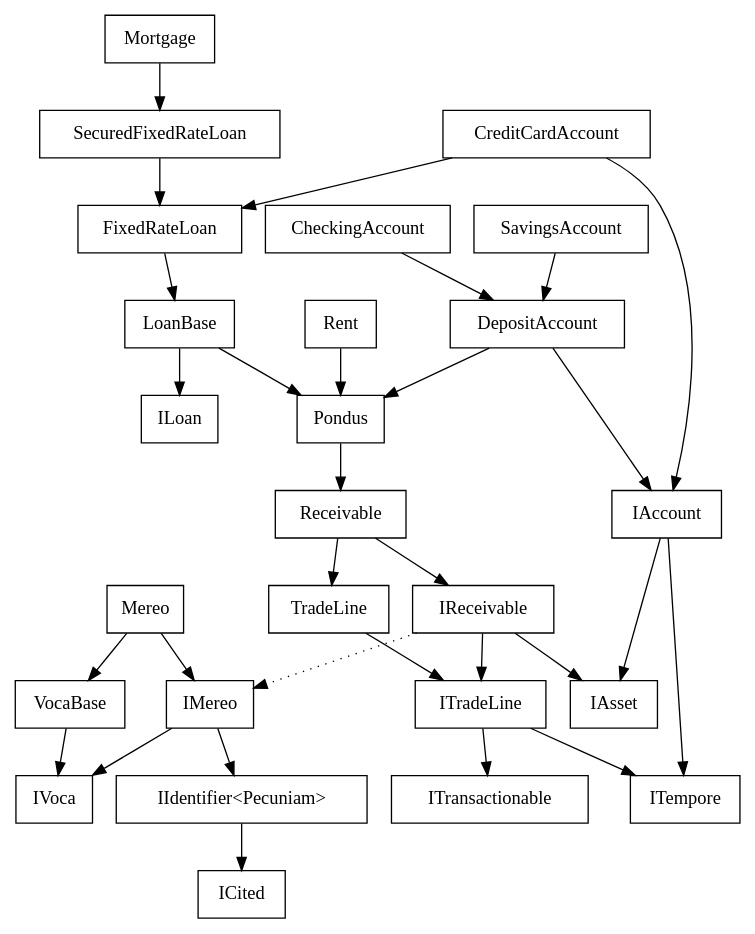
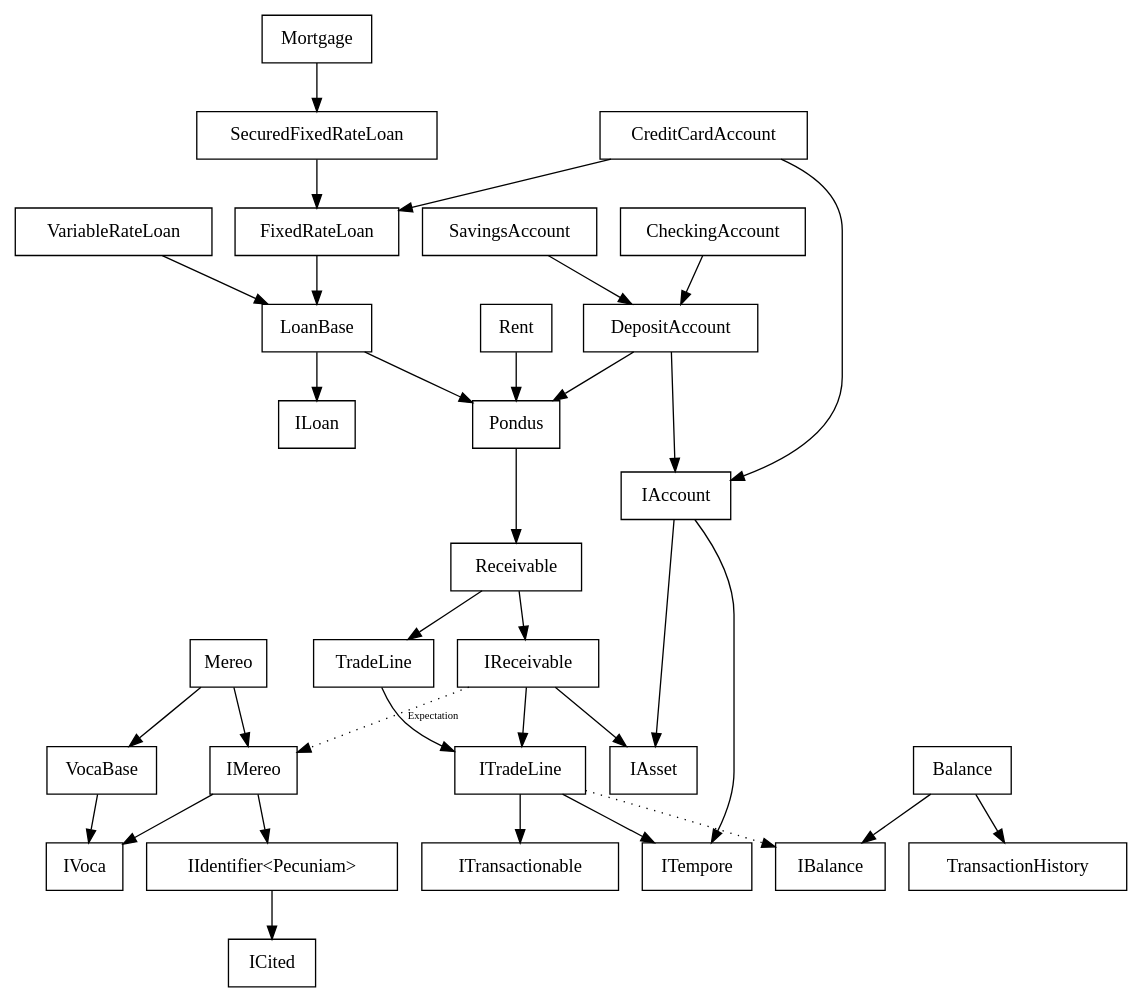
One commit to nofuture-git/31g changed the diagram in trunk/Code/NoFuture/Rand/Data/Sp/__ClassDiagram.gv. Above: the diagram before and after it, drawn with Graphviz. The commit also changed 11 other files, not shown here.

```diff
--- a/trunk/Code/NoFuture/Rand/Data/Sp/__ClassDiagram.gv
+++ b/trunk/Code/NoFuture/Rand/Data/Sp/__ClassDiagram.gv
@@ -1,35 +1,39 @@
 digraph noFutureRandDataSp {
     node [fontname=Consolas, shape=box]
     
     IIdentifier [label="IIdentifier<Pecuniam>"]
     
     Mortgage -> SecuredFixedRateLoan
     SecuredFixedRateLoan -> FixedRateLoan
     CreditCardAccount -> FixedRateLoan
     CreditCardAccount -> IAccount
     FixedRateLoan -> LoanBase
     LoanBase -> Pondus
     Rent -> Pondus
     CheckingAccount -> DepositAccount
     SavingsAccount -> DepositAccount
     DepositAccount -> Pondus
     DepositAccount -> IAccount
     Receivable -> IReceivable
     Receivable -> TradeLine
     IReceivable -> ITradeLine
     IReceivable -> IAsset
-    IReceivable -> IMereo [style="dotted"]
+    IReceivable -> IMereo [style="dotted", label="Expectation",fontname=Consolas, fontsize=8]
     Mereo -> VocaBase
     Mereo -> IMereo
     IMereo -> IVoca
     VocaBase -> IVoca
     IMereo -> IIdentifier
     IIdentifier -> ICited
     LoanBase -> ILoan
     TradeLine -> ITradeLine
     ITradeLine -> ITempore
     ITradeLine -> ITransactionable
     IAccount -> IAsset
     IAccount -> ITempore
     Pondus -> Receivable
+    ITradeLine -> IBalance [style="dotted"]
+    Balance -> IBalance
+    Balance -> TransactionHistory
+    VariableRateLoan -> LoanBase
 }
```
